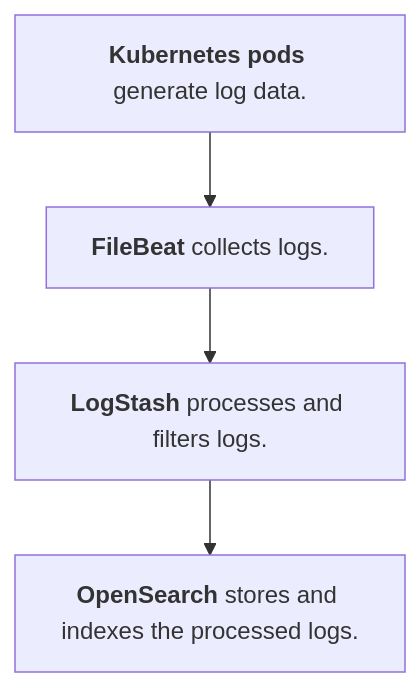
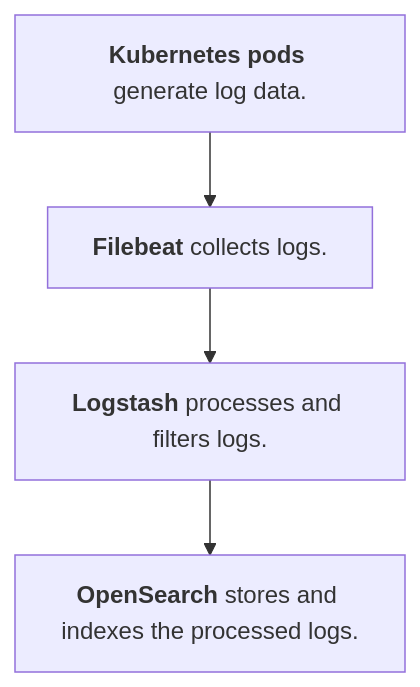
The diagram in docs/guide_me/performance_tuning/container_deployments/logstash_opensearch.md (HCL-TECH-SOFTWARE/digital-experience), drawn with Mermaid before and after one commit.

Commit message:
Editorial changes

````diff
--- a/docs/guide_me/performance_tuning/container_deployments/logstash_opensearch.md
+++ b/docs/guide_me/performance_tuning/container_deployments/logstash_opensearch.md
@@ -42,12 +42,12 @@
 ```mermaid
 flowchart TB
   accTitle: Data flow overview
   accDescr: Flowchart showing how logs are processed from Kubernetes to OpenSearch
   node_1["`**Kubernetes pods** generate log data.`"]
-  node_2["`**FileBeat** collects logs.`"]
-  node_3["`**LogStash** processes and filters logs.`"]
+  node_2["`**Filebeat** collects logs.`"]
+  node_3["`**Logstash** processes and filters logs.`"]
   node_4["`**OpenSearch** stores and indexes the processed logs.`"]
   node_1 --> node_2
   node_2 --> node_3
   node_3 --> node_4
 ```
````
